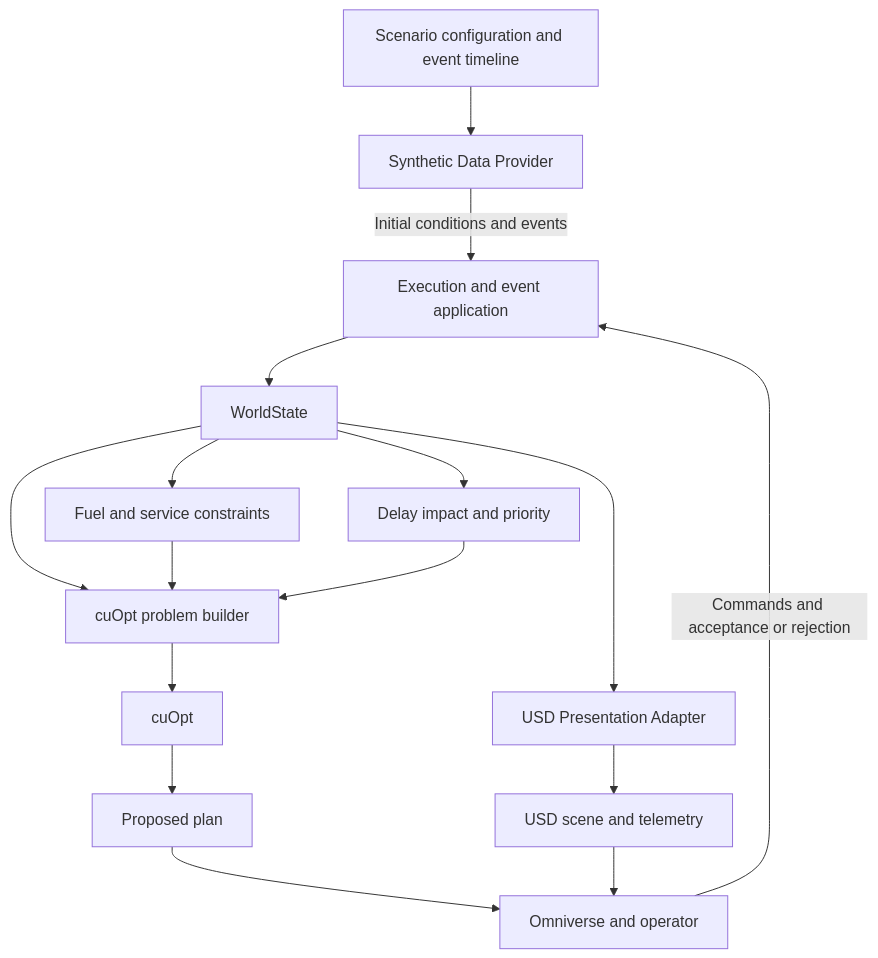
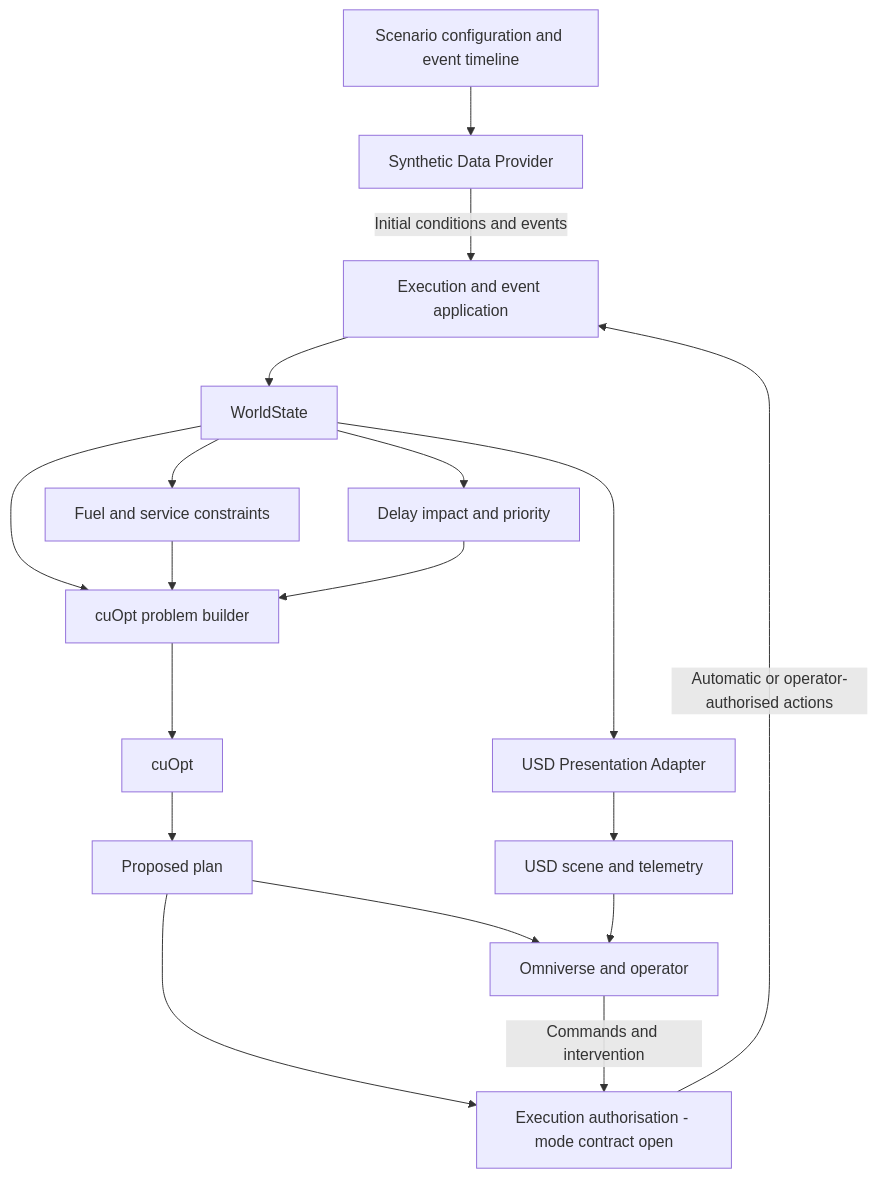
One commit to MSP014/dt-openusd-showcase-case04-af changed the diagram in docs/plans/requirements/architecture.md. Above: the diagram before and after it, drawn with Mermaid. The commit also changed other lines of this file and 8 other files, not shown here.

````diff
--- a/docs/plans/requirements/architecture.md
+++ b/docs/plans/requirements/architecture.md
@@ -52,18 +54,20 @@
 ```mermaid
 flowchart TD
     Config[Scenario configuration and event timeline] --> SDP[Synthetic Data Provider]
     SDP -->|Initial conditions and events| Apply[Execution and event application]
     Apply --> State[WorldState]
     State --> Physics[Fuel and service constraints]
     State --> Priority[Delay impact and priority]
     State --> Builder[cuOpt problem builder]
     Physics --> Builder
     Priority --> Builder
     Builder --> Solver[cuOpt]
     Solver --> Proposal[Proposed plan]
+    Proposal --> Authorise[Execution authorisation - mode contract open]
     Proposal --> UI[Omniverse and operator]
-    UI -->|Commands and acceptance or rejection| Apply
+    UI -->|Commands and intervention| Authorise
+    Authorise -->|Automatic or operator-authorised actions| Apply
     State --> Adapter[USD Presentation Adapter]
     Adapter --> Scene[USD scene and telemetry]
     Scene --> UI
 ```
````
